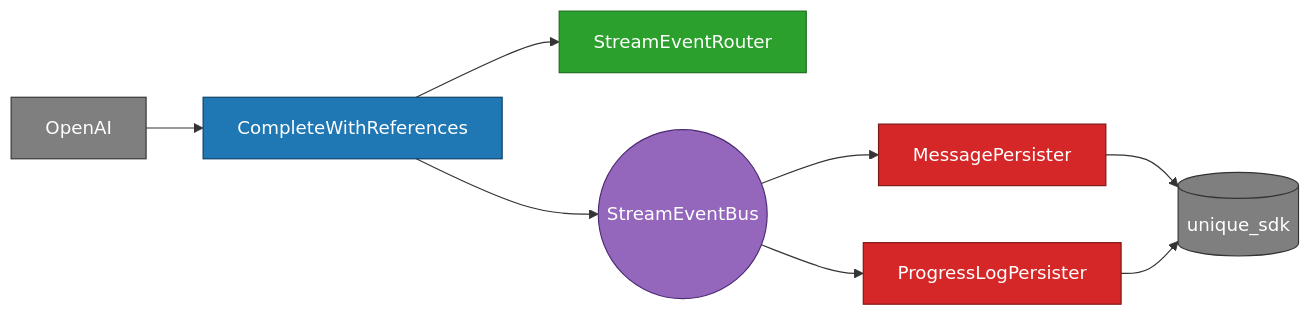
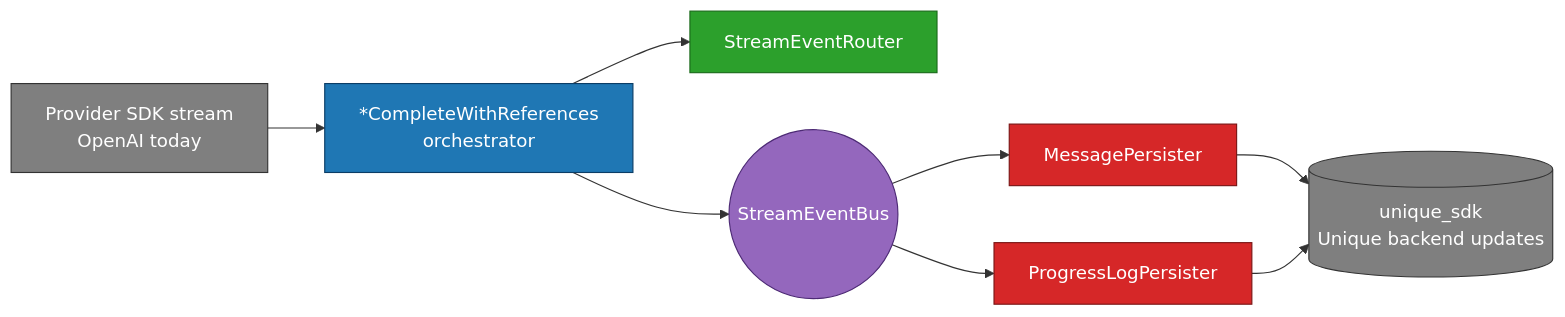
Before and after one commit to Unique-AG/ai: the second of 18 diagrams in unique_toolkit/docs/streaming_architecture_visual.md, drawn with Mermaid. The commit also changed other lines of this file and 6 other files, not shown here.

````diff
--- a/unique_toolkit/docs/streaming_architecture_visual.md
+++ b/unique_toolkit/docs/streaming_architecture_visual.md
@@ -39,16 +49,16 @@
 ```mermaid
 flowchart LR
     classDef orch fill:#1f77b4,color:#fff,stroke:#0b3d66
     classDef pure fill:#2ca02c,color:#fff,stroke:#1a6a1a
     classDef bus  fill:#9467bd,color:#fff,stroke:#4d2a75
     classDef eff  fill:#d62728,color:#fff,stroke:#7a1515
     classDef ext  fill:#7f7f7f,color:#fff,stroke:#333
 
-    OAI[OpenAI]:::ext --> H[CompleteWithReferences]:::orch
+    OAI[Provider SDK stream<br/>OpenAI today]:::ext --> H["*CompleteWithReferences<br/>orchestrator"]:::orch
     H --> P[StreamEventRouter]:::pure
     H --> BUS((StreamEventBus)):::bus
     BUS --> MP[MessagePersister]:::eff
     BUS --> PL[ProgressLogPersister]:::eff
-    MP --> SDK[(unique_sdk)]:::ext
+    MP --> SDK[(unique_sdk<br/>Unique backend updates)]:::ext
     PL --> SDK
 ```
````
